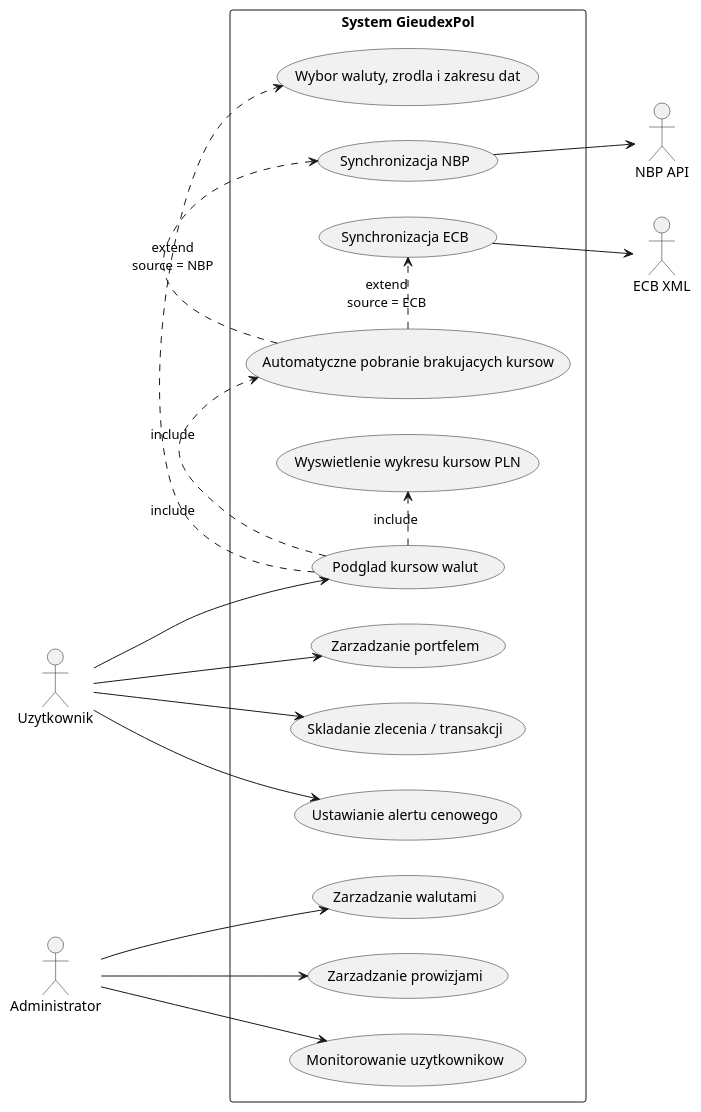
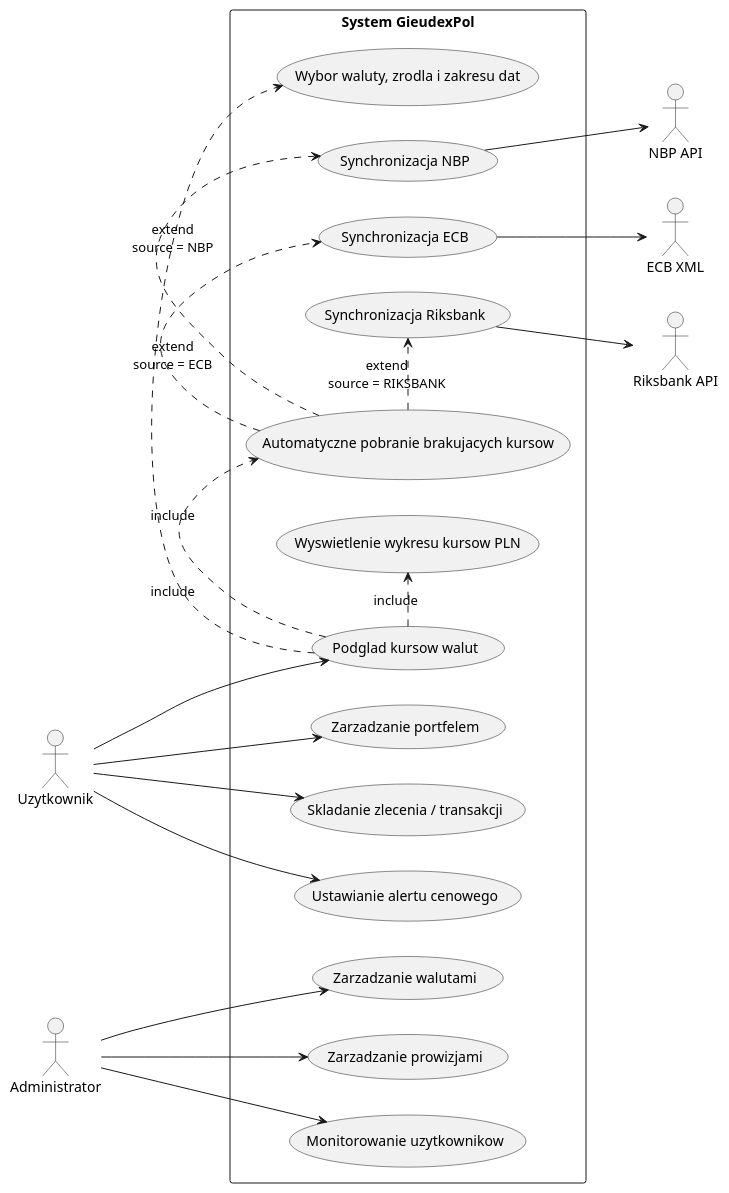
Before and after one commit to kacluc/GieudexPol: the diagram in UML/KursyWalut/PrzypadkiUzyciaPobieraniaKursow.puml, drawn with PlantUML. The commit also changed 25 other files, not shown here.

```diff
--- a/UML/KursyWalut/PrzypadkiUzyciaPobieraniaKursow.puml
+++ b/UML/KursyWalut/PrzypadkiUzyciaPobieraniaKursow.puml
@@ -1,42 +1,46 @@
 @startuml
 left to right direction
 skinparam packageStyle rectangle
 
 actor "Uzytkownik" as UserActor
 actor "Administrator" as AdminActor
 actor "NBP API" as NbpApi
 actor "ECB XML" as EcbApi
+actor "Riksbank API" as RiksbankApi
 
 rectangle "System GieudexPol" {
   (Zarzadzanie portfelem) as UC1
   (Skladanie zlecenia / transakcji) as UC2
   (Ustawianie alertu cenowego) as UC3
   (Podglad kursow walut) as UC4
   (Wybor waluty, zrodla i zakresu dat) as UC4a
   (Automatyczne pobranie brakujacych kursow) as UC4b
   (Synchronizacja NBP) as UC4c
   (Synchronizacja ECB) as UC4d
+  (Synchronizacja Riksbank) as UC4f
   (Wyswietlenie wykresu kursow PLN) as UC4e
 
   (Zarzadzanie walutami) as UC5
   (Zarzadzanie prowizjami) as UC6
   (Monitorowanie uzytkownikow) as UC7
 }
 
 UserActor --> UC1
 UserActor --> UC2
 UserActor --> UC3
 UserActor --> UC4
 UC4 .> UC4a : include
 UC4 .> UC4b : include
 UC4 .> UC4e : include
 
 UC4b .> UC4c : extend\nsource = NBP
 UC4b .> UC4d : extend\nsource = ECB
+UC4b .> UC4f : extend\nsource = RIKSBANK
 UC4c --> NbpApi
 UC4d --> EcbApi
+UC4f --> RiksbankApi
 
 AdminActor --> UC5
 AdminActor --> UC6
 AdminActor --> UC7
 @enduml
```
